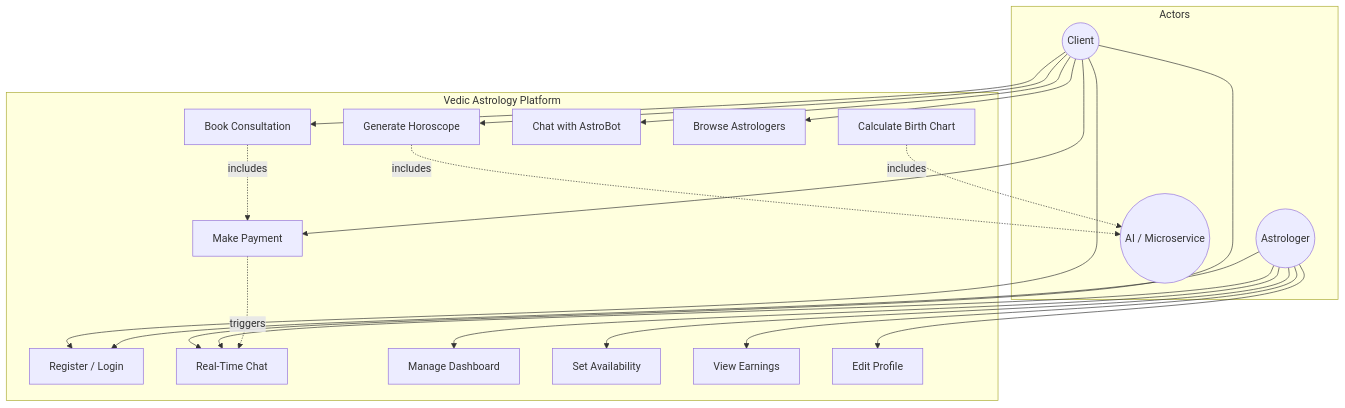
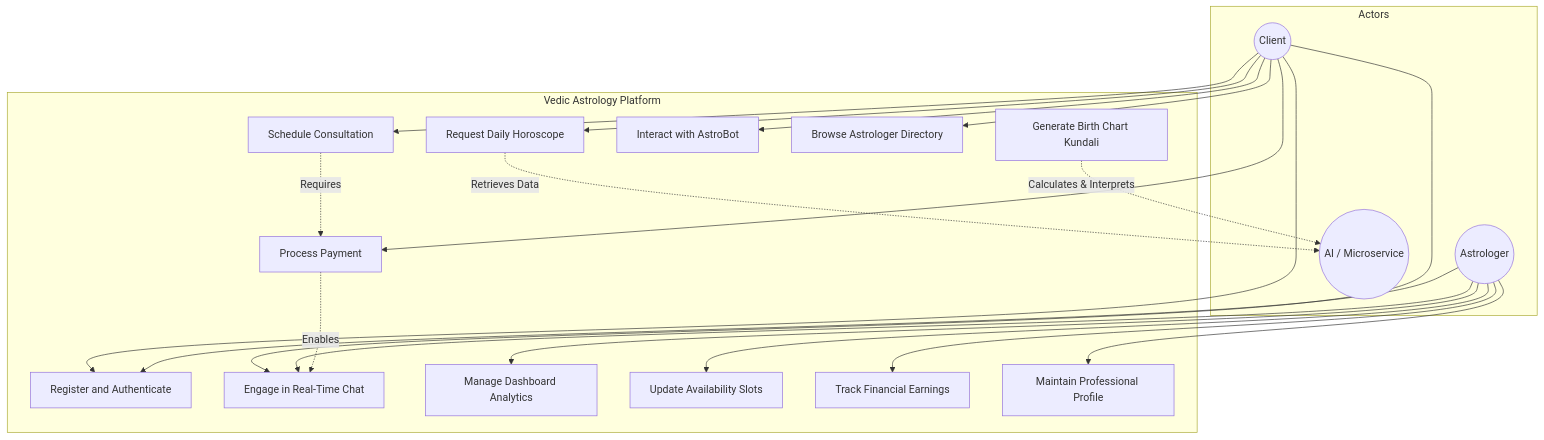
The first of 7 diagrams in docs/Capstone_Project_Report.md (KISHOR403/ASTROTALK), drawn with Mermaid before and after one commit. The commit also changed other lines of this file, not shown here.

Commit message:
Update Capstone Report: Add academic tone, Tech Stack architecture diagram, and Conclusion

````diff
--- a/docs/Capstone_Project_Report.md
+++ b/docs/Capstone_Project_Report.md
@@ -65,43 +54,43 @@
 ```mermaid
 graph TD
     subgraph Actors
         C((Client))
         A((Astrologer))
         AI((AI / Microservice))
     end
 
     subgraph "Vedic Astrology Platform"
-        UC1[Register / Login]
-        UC2[Generate Horoscope]
-        UC3[Calculate Birth Chart]
-        UC4[Chat with AstroBot]
-        UC5[Browse Astrologers]
-        UC6[Book Consultation]
-        UC7[Make Payment]
-        UC8[Real-Time Chat]
-        UC9[Manage Dashboard]
-        UC10[Set Availability]
-        UC11[View Earnings]
-        UC12[Edit Profile]
+        UC1[Register and Authenticate]
+        UC2[Request Daily Horoscope]
+        UC3[Generate Birth Chart Kundali]
+        UC4[Interact with AstroBot]
+        UC5[Browse Astrologer Directory]
+        UC6[Schedule Consultation]
+        UC7[Process Payment]
+        UC8[Engage in Real-Time Chat]
+        UC9[Manage Dashboard Analytics]
+        UC10[Update Availability Slots]
+        UC11[Track Financial Earnings]
+        UC12[Maintain Professional Profile]
     end
 
     C --> UC1
     C --> UC2
     C --> UC4
     C --> UC5
     C --> UC6
     C --> UC7
     C --> UC8
 
     A --> UC1
     A --> UC8
     A --> UC9
     A --> UC10
     A --> UC11
     A --> UC12
 
-    UC2 -.->|includes| AI
-    UC3 -.->|includes| AI
-    UC6 -.->|includes| UC7
-    UC7 -.->|triggers| UC8
+    UC2 -.->|Retrieves Data| AI
+    UC3 -.->|Calculates & Interprets| AI
+    UC6 -.->|Requires| UC7
+    UC7 -.->|Enables| UC8
 ```
````
